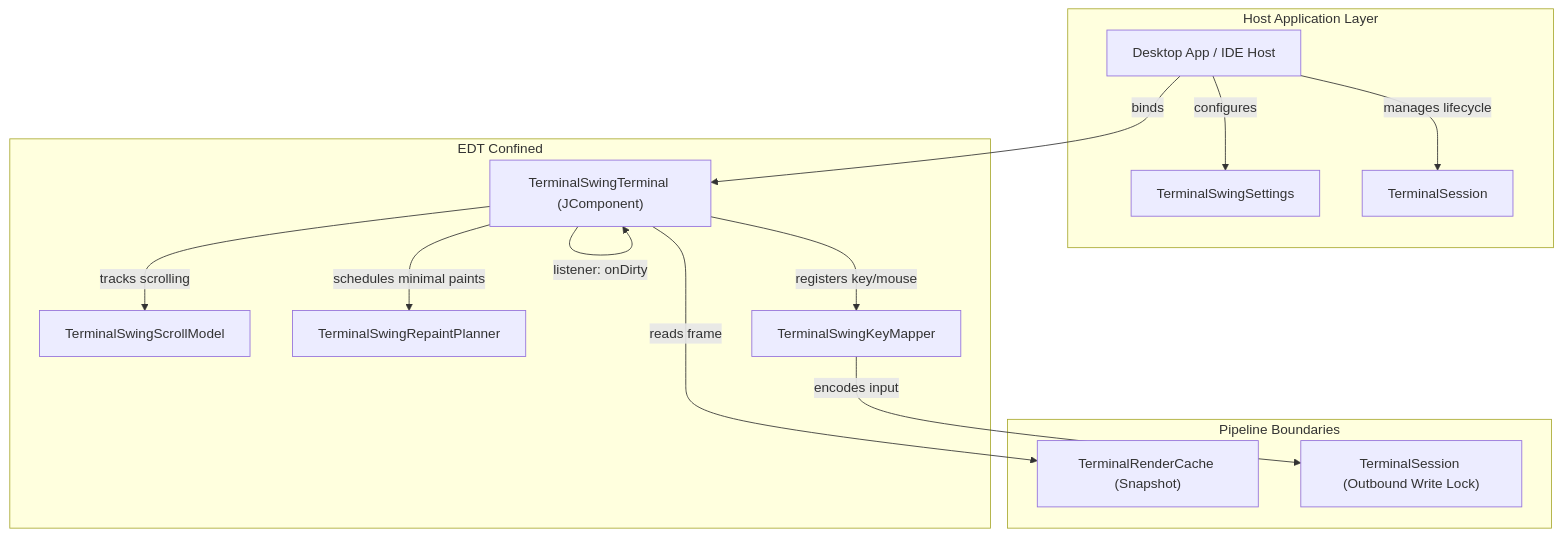
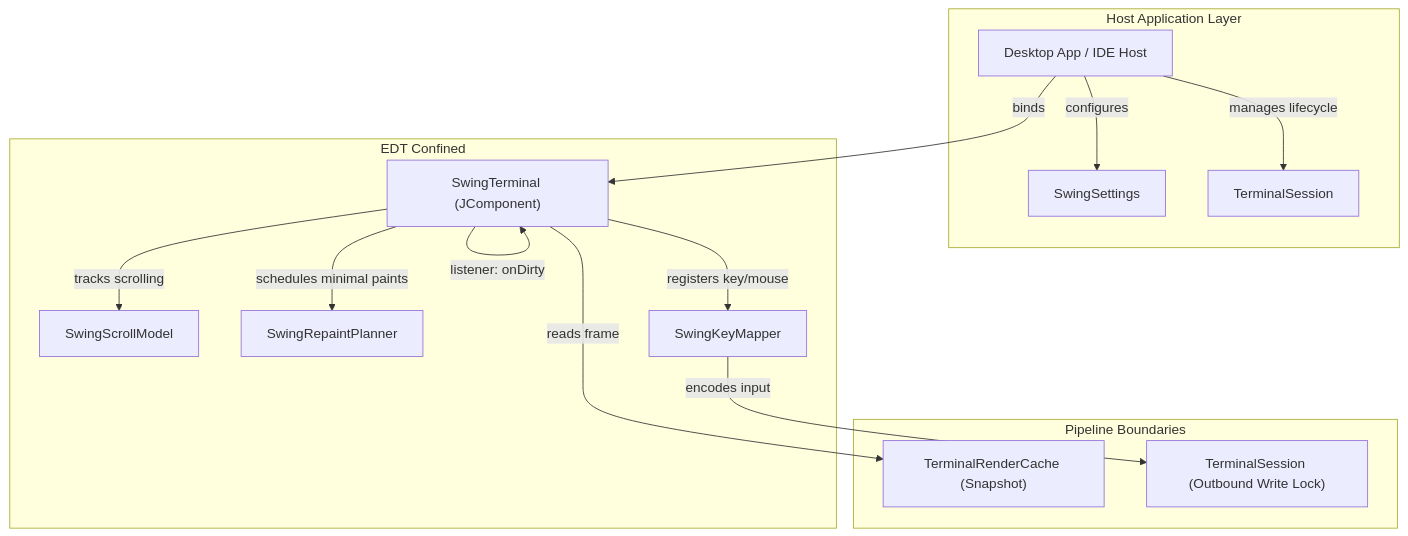
One commit to ketraterm/KetraTerm changed the first of 2 diagrams in jvterm-ui-swing/README.md. Above: the diagram before and after it, drawn with Mermaid. The commit also changed other lines of this file and 132 other files, not shown here.

````diff
--- a/jvterm-ui-swing/README.md
+++ b/jvterm-ui-swing/README.md
@@ -16,28 +16,28 @@
 ```mermaid
 graph TD
     subgraph Host Application Layer
-        Host["Desktop App / IDE Host"] -->|configures| Settings["TerminalSwingSettings"]
+        Host["Desktop App / IDE Host"] -->|configures| Settings["SwingSettings"]
         Host -->|manages lifecycle| Session["TerminalSession"]
     end
 
     subgraph terminal-ui-swing[EDT Confined]
-        Terminal["TerminalSwingTerminal (JComponent)"]
-        ScrollModel["TerminalSwingScrollModel"]
-        RepaintPlanner["TerminalSwingRepaintPlanner"]
-        KeyMapper["TerminalSwingKeyMapper"]
+        Terminal["SwingTerminal (JComponent)"]
+        ScrollModel["SwingScrollModel"]
+        RepaintPlanner["SwingRepaintPlanner"]
+        KeyMapper["SwingKeyMapper"]
         
         Terminal -->|registers key/mouse| KeyMapper
         Terminal -->|tracks scrolling| ScrollModel
         Terminal -->|schedules minimal paints| RepaintPlanner
     end
 
     subgraph Pipeline Boundaries
         Cache["TerminalRenderCache (Snapshot)"]
         SessionBoundary["TerminalSession (Outbound Write Lock)"]
     end
 
     Host -->|binds| Terminal
     Terminal -->|reads frame| Cache
     Terminal -->|listener: onDirty| Terminal
     KeyMapper -->|encodes input| SessionBoundary
 ```
````
